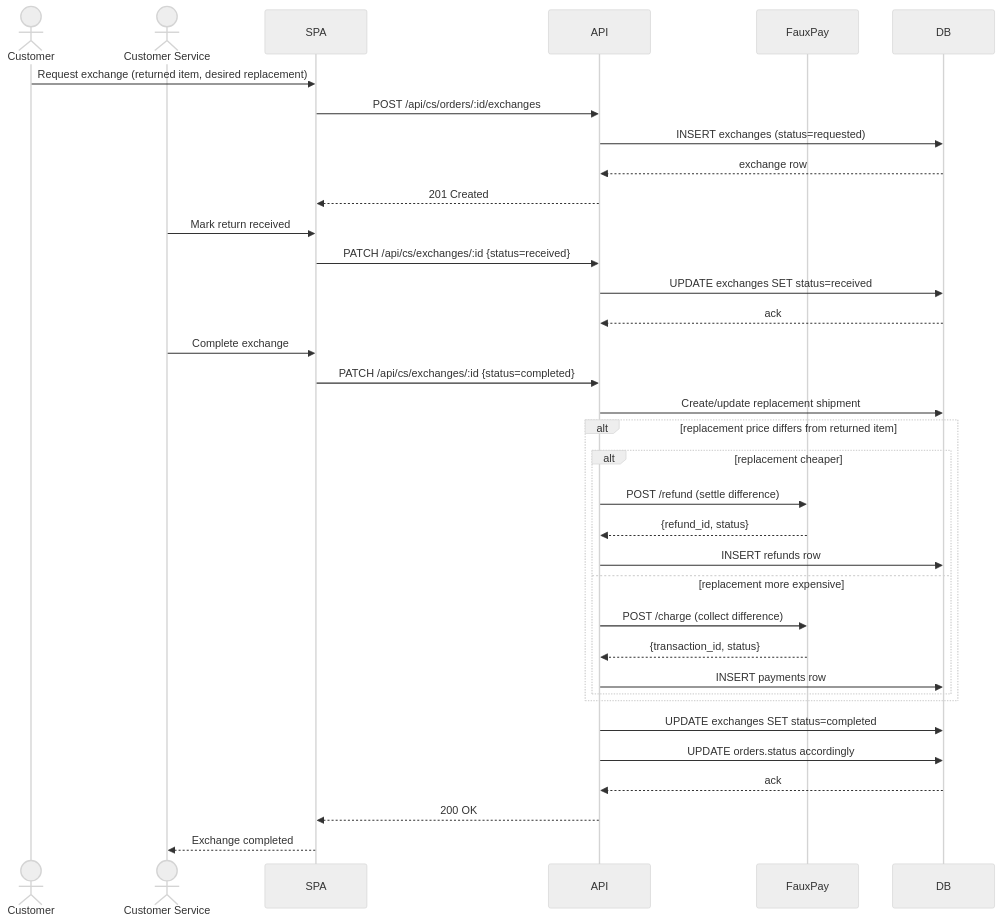
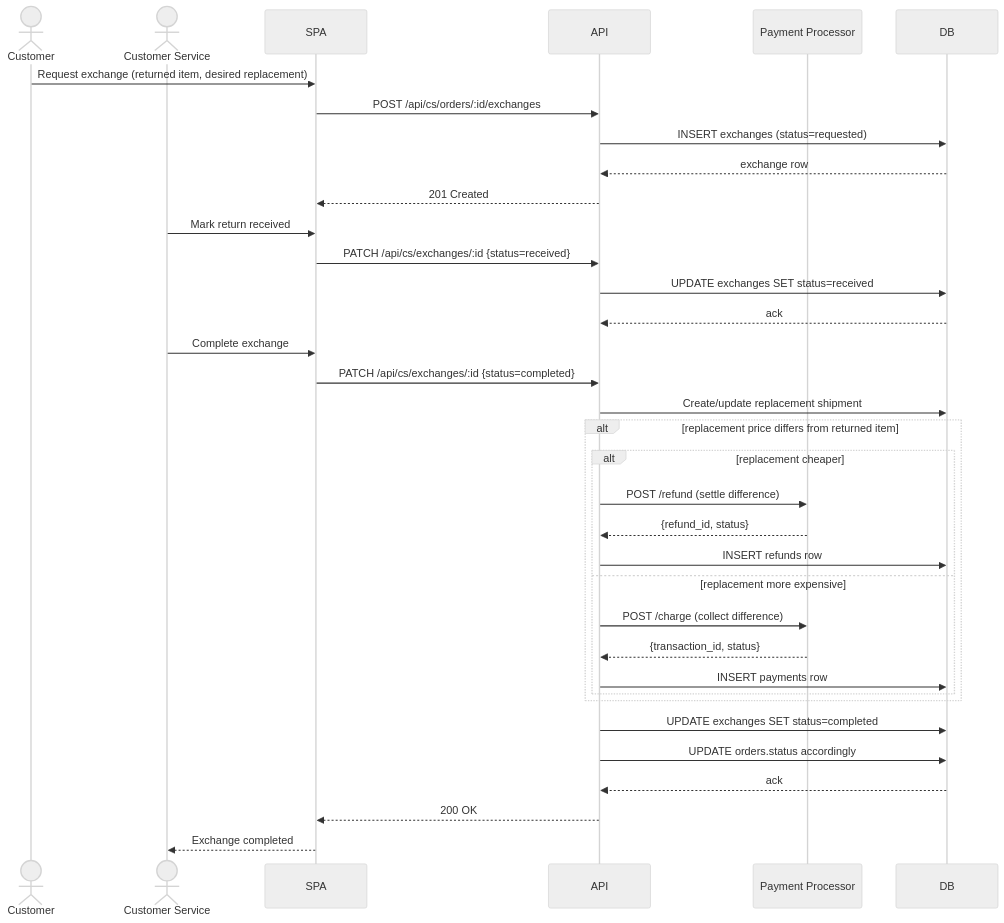
One commit to eweinmanepam/Remediation-Engineer-Sample-Application changed the seventh of 7 diagrams in DESIGN.md. Above: the diagram before and after it, drawn with Mermaid (neutral theme). The commit also changed other lines of this file, not shown here.

First line of the commit message:
Describe payment processor as a real external gateway, not a fictional mock

````diff
--- a/DESIGN.md
+++ b/DESIGN.md
@@ -413,42 +412,42 @@
 ```mermaid
 sequenceDiagram
     actor Customer
     actor CS as Customer Service
     participant SPA
     participant API
-    participant FauxPay
+    participant Processor as Payment Processor
     participant DB
 
     Customer->>SPA: Request exchange (returned item, desired replacement)
     SPA->>API: POST /api/cs/orders/:id/exchanges
     API->>DB: INSERT exchanges (status=requested)
     DB-->>API: exchange row
     API-->>SPA: 201 Created
 
     CS->>SPA: Mark return received
     SPA->>API: PATCH /api/cs/exchanges/:id {status=received}
     API->>DB: UPDATE exchanges SET status=received
     DB-->>API: ack
 
     CS->>SPA: Complete exchange
     SPA->>API: PATCH /api/cs/exchanges/:id {status=completed}
     API->>DB: Create/update replacement shipment
 
     alt replacement price differs from returned item
         alt replacement cheaper
-            API->>FauxPay: POST /refund (settle difference)
-            FauxPay-->>API: {refund_id, status}
+            API->>Processor: POST /refund (settle difference)
+            Processor-->>API: {refund_id, status}
             API->>DB: INSERT refunds row
         else replacement more expensive
-            API->>FauxPay: POST /charge (collect difference)
-            FauxPay-->>API: {transaction_id, status}
+            API->>Processor: POST /charge (collect difference)
+            Processor-->>API: {transaction_id, status}
             API->>DB: INSERT payments row
         end
     end
 
     API->>DB: UPDATE exchanges SET status=completed
     API->>DB: UPDATE orders.status accordingly
     DB-->>API: ack
     API-->>SPA: 200 OK
     SPA-->>CS: Exchange completed
 ```
````
